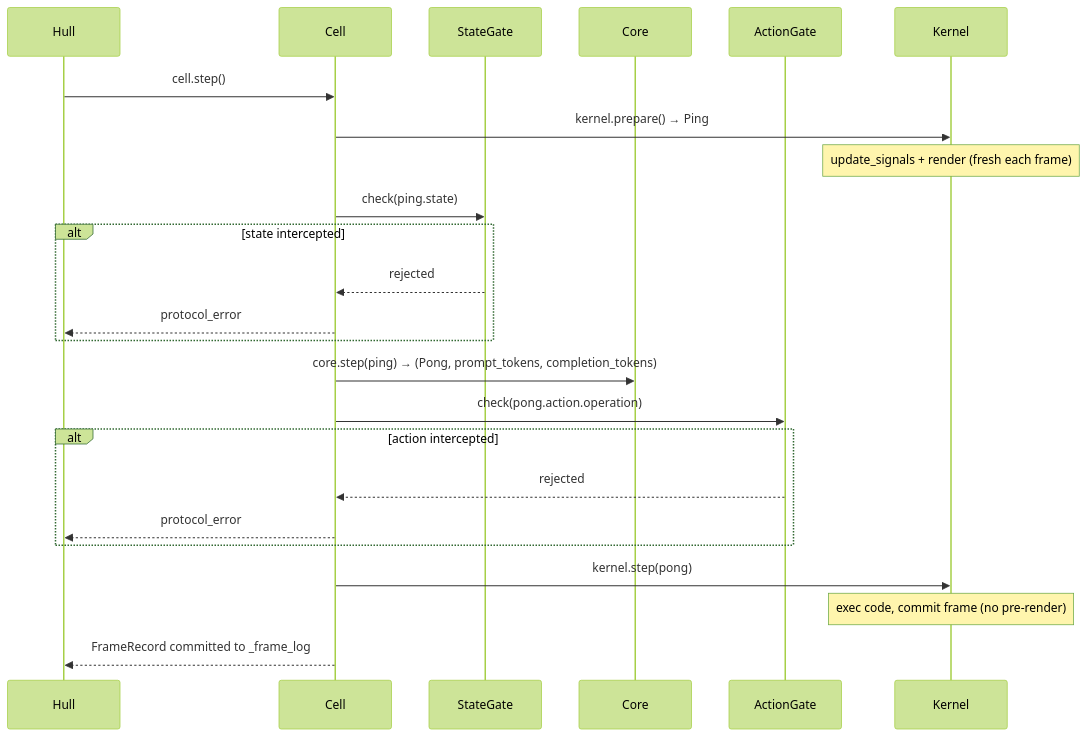
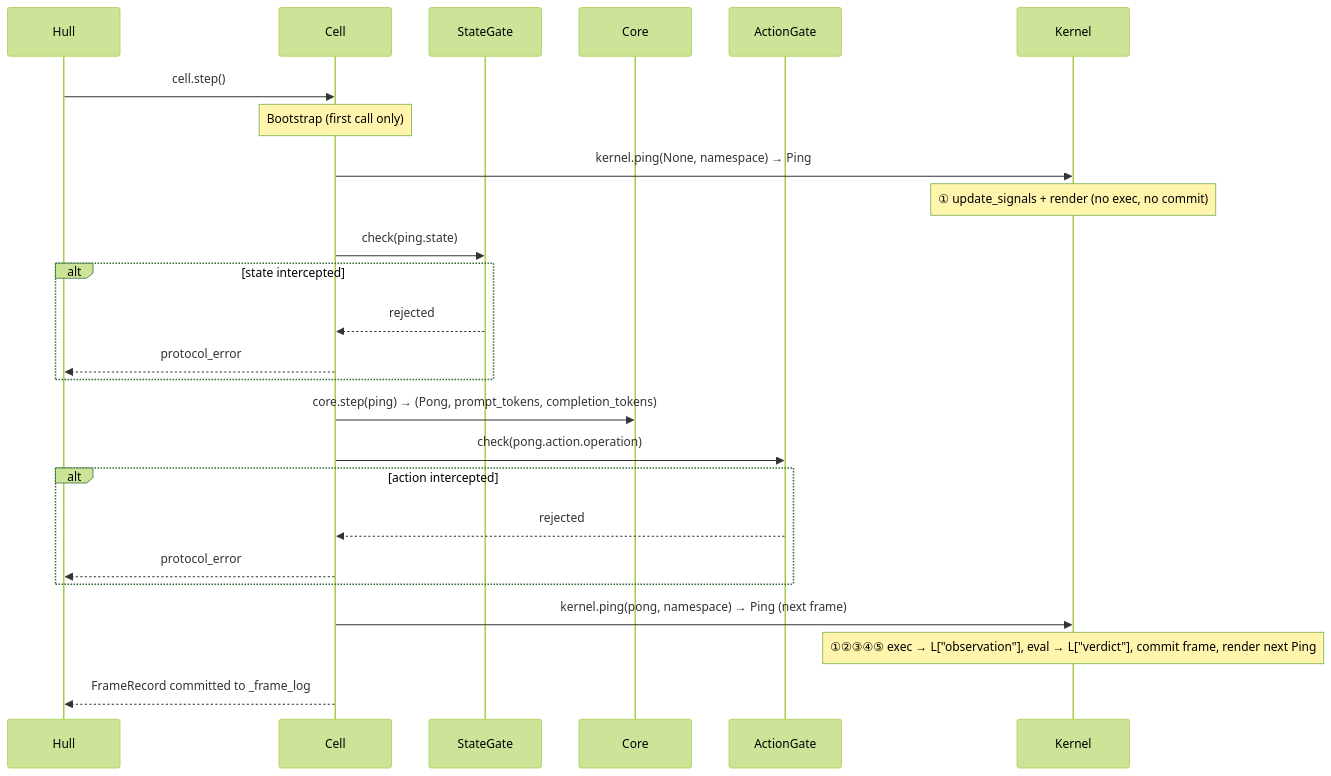
Before and after one commit to vessal-ai/vessal: the diagram in src/vessal/ark/shell/hull/cell/CONTEXT.md, drawn with Mermaid (forest theme). The commit also changed other lines of this file and 1 other file, not shown here.

First line of the commit message:
docs(kernel,cell): document single ping primitive in CONTEXT.md

````diff
--- a/src/vessal/ark/shell/hull/cell/CONTEXT.md
+++ b/src/vessal/ark/shell/hull/cell/CONTEXT.md
@@ -60,31 +60,32 @@
 ```mermaid
 sequenceDiagram
     participant Hull
     participant Cell
     participant StateGate
     participant Core
     participant ActionGate
     participant Kernel
 
     Hull->>Cell: cell.step()
 
-    Cell->>Kernel: kernel.prepare() → Ping
-    Note over Kernel: update_signals + render (fresh each frame)
+    Note over Cell: Bootstrap (first call only)
+    Cell->>Kernel: kernel.ping(None, namespace) → Ping
+    Note over Kernel: ① update_signals + render (no exec, no commit)
 
     Cell->>StateGate: check(ping.state)
     alt state intercepted
         StateGate-->>Cell: rejected
         Cell-->>Hull: protocol_error
     end
 
     Cell->>Core: core.step(ping) → (Pong, prompt_tokens, completion_tokens)
     Cell->>ActionGate: check(pong.action.operation)
     alt action intercepted
         ActionGate-->>Cell: rejected
         Cell-->>Hull: protocol_error
     end
 
-    Cell->>Kernel: kernel.step(pong)
-    Note over Kernel: exec code, commit frame (no pre-render)
+    Cell->>Kernel: kernel.ping(pong, namespace) → Ping (next frame)
+    Note over Kernel: ①②③④⑤ exec → L["observation"], eval → L["verdict"], commit frame, render next Ping
     Cell-->>Hull: FrameRecord committed to _frame_log
 ```
````
